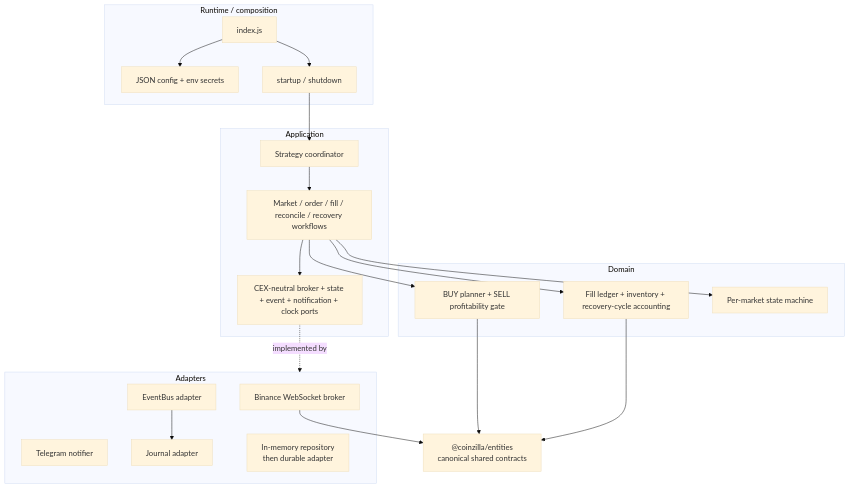
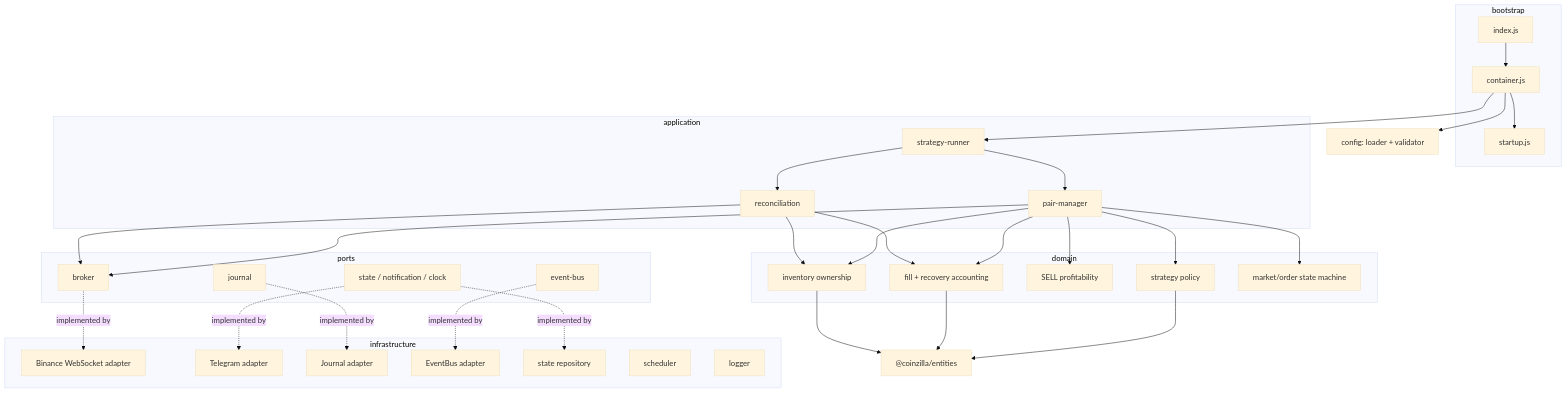
One commit to 45s/coinzilla changed the diagram in apps/bot-coin-farmer/docs/architecture/diagrams/component-architecture.mmd. Above: the diagram before and after it, drawn with Mermaid (base theme).

Commit message:
docs(bot-coin-farmer): update component architecture diagram

```diff
--- a/apps/bot-coin-farmer/docs/architecture/diagrams/component-architecture.mmd
+++ b/apps/bot-coin-farmer/docs/architecture/diagrams/component-architecture.mmd
@@ -1,38 +1,64 @@
 flowchart TB
-  subgraph runtime["Runtime / composition"]
+  subgraph bootstrap["bootstrap"]
     entry["index.js"]
-    config["JSON config + env secrets"]
-    lifecycle["startup / shutdown"]
+    container["container.js"]
+    startup["startup.js"]
   end
-  subgraph application["Application"]
-    coordinator["Strategy coordinator"]
-    workflows["Market / order / fill / reconcile / recovery workflows"]
-    ports["CEX-neutral broker + state + event + notification + clock ports"]
+  config["config: loader + validator"]
+
+  subgraph application["application"]
+    runner["strategy-runner"]
+    pairManager["pair-manager"]
+    reconciliation["reconciliation"]
   end
-  subgraph domain["Domain"]
-    policy["BUY planner + SELL profitability gate"]
-    ledger["Fill ledger + inventory + recovery-cycle accounting"]
-    state["Per-market state machine"]
+
+  subgraph domain["domain"]
+    strategy["strategy policy"]
+    accounting["fill + recovery accounting"]
+    profitability["SELL profitability"]
+    inventory["inventory ownership"]
+    stateMachine["market/order state machine"]
   end
-  subgraph adapters["Adapters"]
-    binance["Binance WebSocket broker"]
-    telegram["Telegram notifier"]
-    eventAdapter["EventBus adapter"]
+
+  subgraph ports["ports"]
+    brokerPort["broker"]
+    journalPort["journal"]
+    eventBusPort["event-bus"]
+    otherPorts["state / notification / clock"]
+  end
+
+  subgraph infrastructure["infrastructure"]
+    binance["Binance WebSocket adapter"]
+    telegram["Telegram adapter"]
     journal["Journal adapter"]
-    persistence["In-memory repository\nthen durable adapter"]
+    eventBus["EventBus adapter"]
+    persistence["state repository"]
+    scheduler["scheduler"]
+    logging["logger"]
   end
-  entities["@coinzilla/entities\ncanonical shared contracts"]
 
-  entry --> config
-  entry --> lifecycle
-  lifecycle --> coordinator
-  coordinator --> workflows
-  workflows --> ports
-  workflows --> policy
-  workflows --> ledger
-  workflows --> state
-  ports -. implemented by .-> adapters
-  policy --> entities
-  ledger --> entities
-  binance --> entities
-  eventAdapter --> journal
+  entities["@coinzilla/entities"]
+
+  entry --> container
+  container --> config
+  container --> startup
+  container --> runner
+  runner --> pairManager
+  runner --> reconciliation
+  pairManager --> brokerPort
+  pairManager --> strategy
+  pairManager --> accounting
+  pairManager --> profitability
+  pairManager --> inventory
+  pairManager --> stateMachine
+  reconciliation --> brokerPort
+  reconciliation --> accounting
+  reconciliation --> inventory
+  brokerPort -. implemented by .-> binance
+  journalPort -. implemented by .-> journal
+  eventBusPort -. implemented by .-> eventBus
+  otherPorts -. implemented by .-> persistence
+  otherPorts -. implemented by .-> telegram
+  strategy --> entities
+  accounting --> entities
+  inventory --> entities
```
